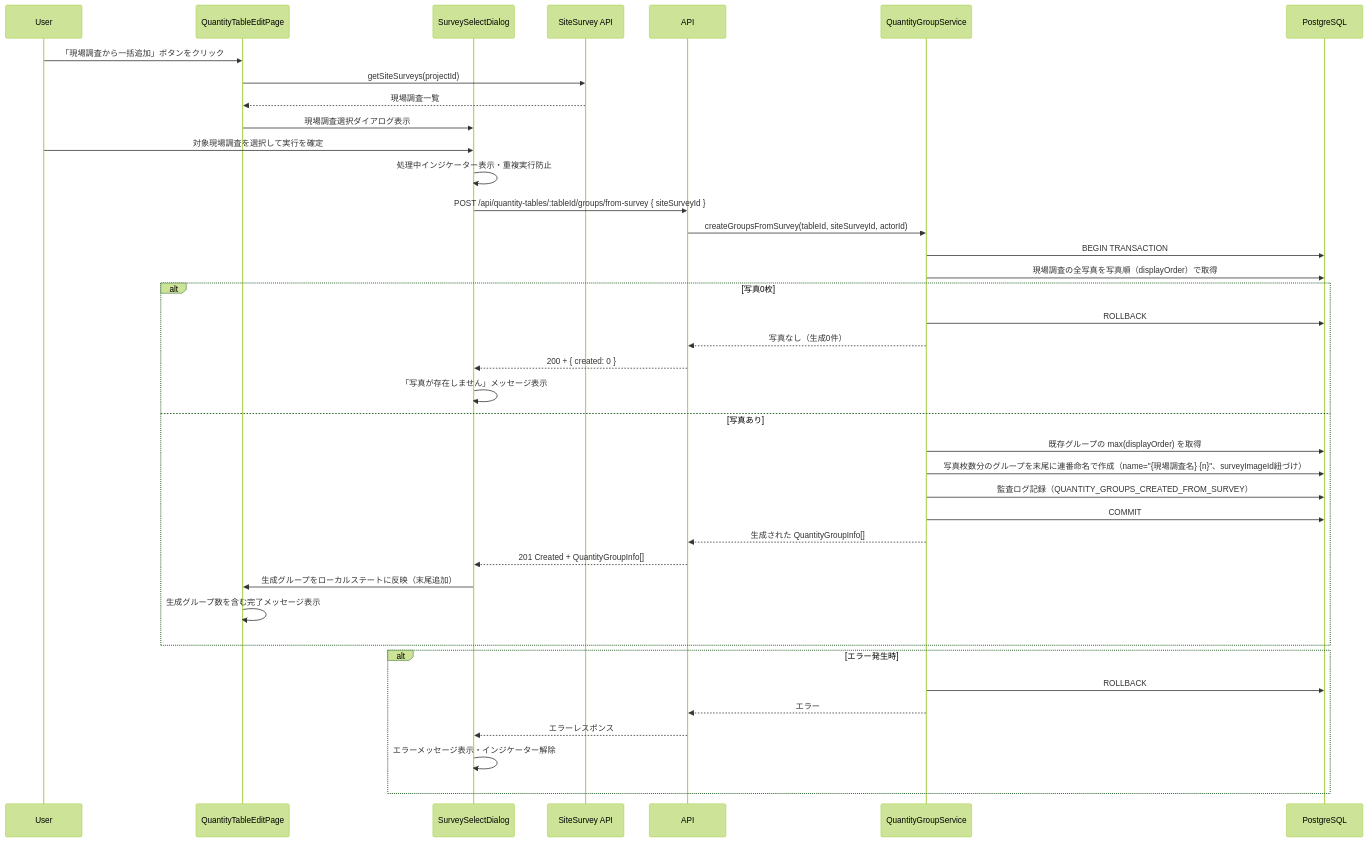
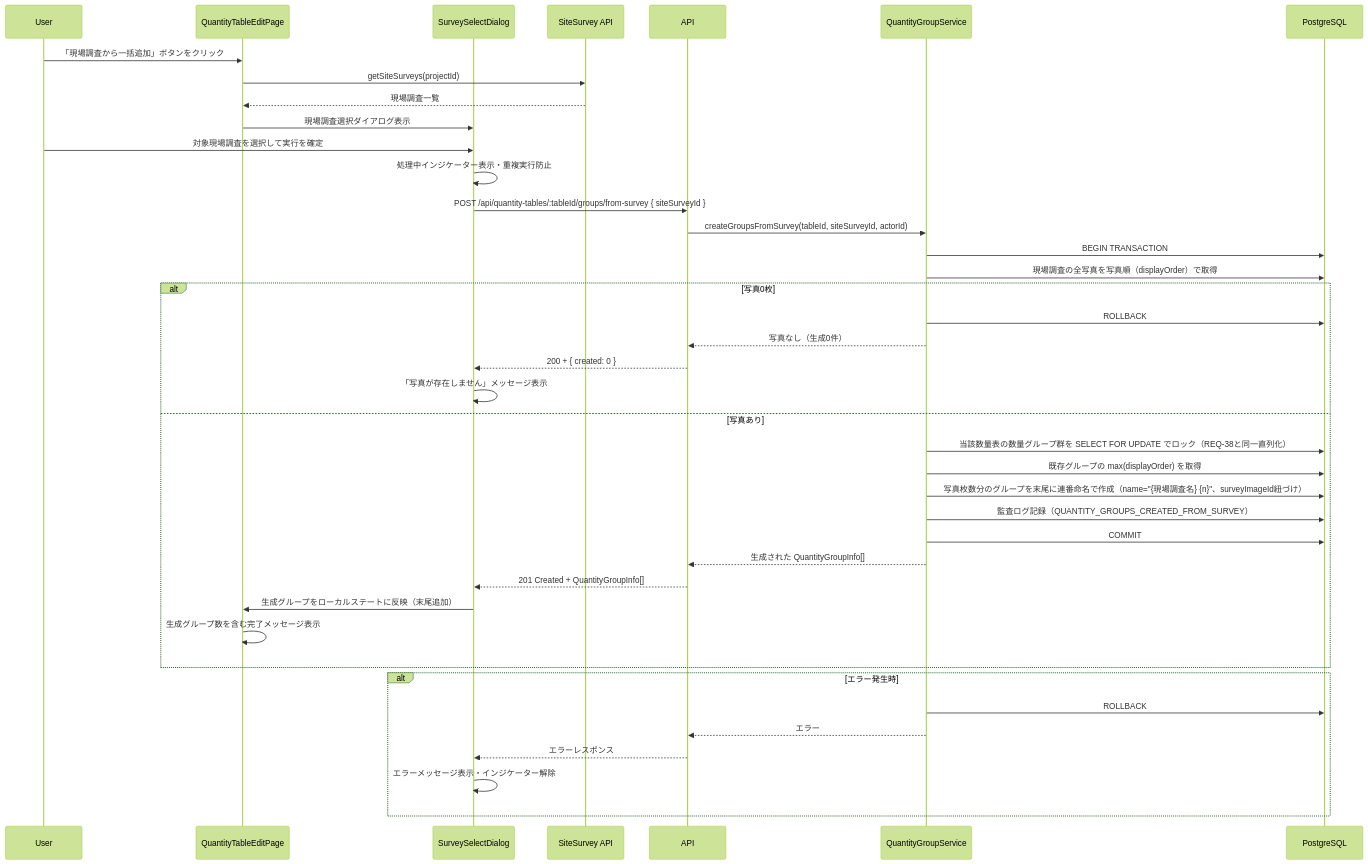
Before and after one commit to inakanou/ArchiTrack: the fifth of 9 diagrams in .kiro/specs/quantity-table-generation/design.md, drawn with Mermaid (forest theme). The commit also changed other lines of this file and 1 other file, not shown here.

````diff
--- a/.kiro/specs/quantity-table-generation/design.md
+++ b/.kiro/specs/quantity-table-generation/design.md
@@ -289,43 +289,44 @@
 ```mermaid
 sequenceDiagram
     participant User
     participant QTE as QuantityTableEditPage
     participant Dialog as SurveySelectDialog
     participant SAPI as SiteSurvey API
     participant API
     participant QGSV as QuantityGroupService
     participant DB as PostgreSQL
 
     User->>QTE: 「現場調査から一括追加」ボタンをクリック
     QTE->>SAPI: getSiteSurveys(projectId)
     SAPI-->>QTE: 現場調査一覧
     QTE->>Dialog: 現場調査選択ダイアログ表示
     User->>Dialog: 対象現場調査を選択して実行を確定
     Dialog->>Dialog: 処理中インジケーター表示・重複実行防止
     Dialog->>API: POST /api/quantity-tables/:tableId/groups/from-survey { siteSurveyId }
     API->>QGSV: createGroupsFromSurvey(tableId, siteSurveyId, actorId)
     QGSV->>DB: BEGIN TRANSACTION
     QGSV->>DB: 現場調査の全写真を写真順（displayOrder）で取得
     alt 写真0枚
         QGSV->>DB: ROLLBACK
         QGSV-->>API: 写真なし（生成0件）
         API-->>Dialog: 200 + { created: 0 }
         Dialog->>Dialog: 「写真が存在しません」メッセージ表示
     else 写真あり
+        QGSV->>DB: 当該数量表の数量グループ群を SELECT FOR UPDATE でロック（REQ-38と同一直列化）
         QGSV->>DB: 既存グループの max(displayOrder) を取得
         QGSV->>DB: 写真枚数分のグループを末尾に連番命名で作成（name="{現場調査名} {n}"、surveyImageId紐づけ）
         QGSV->>DB: 監査ログ記録（QUANTITY_GROUPS_CREATED_FROM_SURVEY）
         QGSV->>DB: COMMIT
         QGSV-->>API: 生成された QuantityGroupInfo[]
         API-->>Dialog: 201 Created + QuantityGroupInfo[]
         Dialog->>QTE: 生成グループをローカルステートに反映（末尾追加）
         QTE->>QTE: 生成グループ数を含む完了メッセージ表示
     end
 
     alt エラー発生時
         QGSV->>DB: ROLLBACK
         QGSV-->>API: エラー
         API-->>Dialog: エラーレスポンス
         Dialog->>Dialog: エラーメッセージ表示・インジケーター解除
     end
 ```
````
